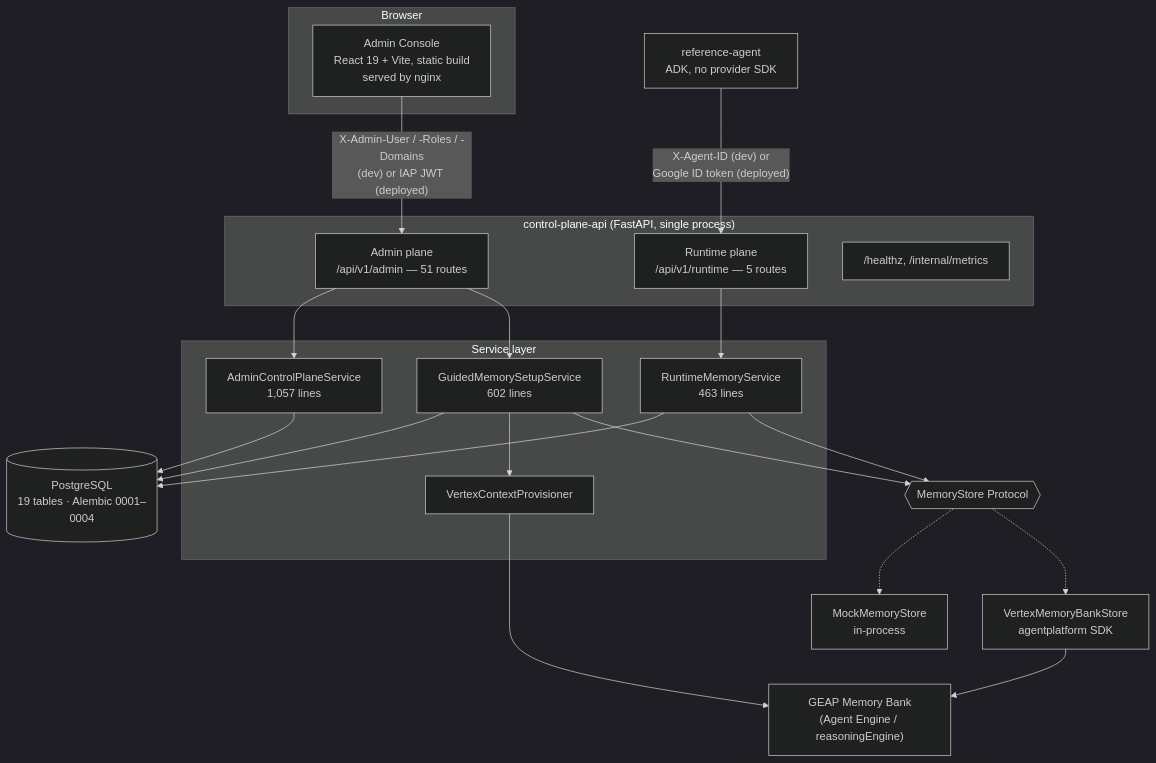
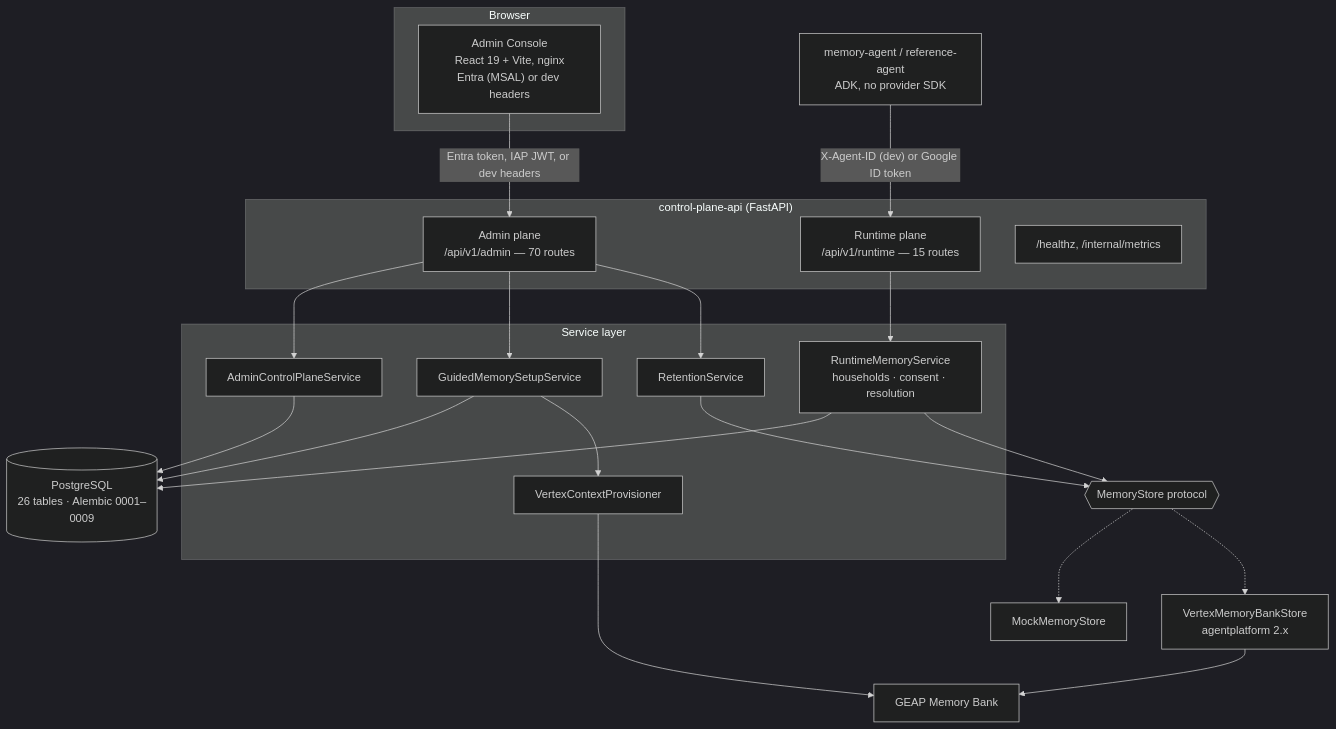
The first of 3 diagrams in docs/GEAP_Platform_Reference_Architecture.md (connect2srinu/jeep-memory-storage), drawn with Mermaid (dark theme) before and after one commit. The commit also changed other lines of this file and 31 other files, not shown here.

````diff
--- a/docs/GEAP_Platform_Reference_Architecture.md
+++ b/docs/GEAP_Platform_Reference_Architecture.md
@@ -56,42 +65,44 @@
 ```mermaid
 flowchart TB
     subgraph browser["Browser"]
-        UI["Admin Console<br/>React 19 + Vite, static build<br/>served by nginx"]
+        UI["Admin Console<br/>React 19 + Vite, nginx<br/>Entra (MSAL) or dev headers"]
     end
 
-    subgraph api["control-plane-api (FastAPI, single process)"]
-        ADMIN["Admin plane<br/>/api/v1/admin — 51 routes"]
-        RT["Runtime plane<br/>/api/v1/runtime — 5 routes"]
+    subgraph api["control-plane-api (FastAPI)"]
+        ADMIN["Admin plane<br/>/api/v1/admin — 70 routes"]
+        RT["Runtime plane<br/>/api/v1/runtime — 15 routes"]
         OPS["/healthz, /internal/metrics"]
     end
 
     subgraph svc["Service layer"]
-        AS["AdminControlPlaneService<br/>1,057 lines"]
-        GS["GuidedMemorySetupService<br/>602 lines"]
-        RS["RuntimeMemoryService<br/>463 lines"]
+        AS["AdminControlPlaneService"]
+        GS["GuidedMemorySetupService"]
+        RS["RuntimeMemoryService<br/>households · consent · resolution"]
+        RET["RetentionService"]
         VP["VertexContextProvisioner"]
     end
 
-    PG[("PostgreSQL<br/>19 tables · Alembic 0001–0004")]
-    MS{{"MemoryStore Protocol"}}
-    MOCK["MockMemoryStore<br/>in-process"]
-    VX["VertexMemoryBankStore<br/>agentplatform SDK"]
-    MB["GEAP Memory Bank<br/>(Agent Engine / reasoningEngine)"]
-    AGENT["reference-agent<br/>ADK, no provider SDK"]
+    PG[("PostgreSQL<br/>26 tables · Alembic 0001–0009")]
+    MS{{"MemoryStore protocol"}}
+    MOCK["MockMemoryStore"]
+    VX["VertexMemoryBankStore<br/>agentplatform 2.x"]
+    MB["GEAP Memory Bank"]
+    AGENT["memory-agent / reference-agent<br/>ADK, no provider SDK"]
 
-    UI -->|"X-Admin-User / -Roles / -Domains<br/>(dev) or IAP JWT (deployed)"| ADMIN
-    AGENT -->|"X-Agent-ID (dev) or<br/>Google ID token (deployed)"| RT
+    UI -->|"Entra token, IAP JWT, or dev headers"| ADMIN
+    AGENT -->|"X-Agent-ID (dev) or Google ID token"| RT
     ADMIN --> AS
     ADMIN --> GS
+    ADMIN --> RET
     RT --> RS
     AS --> PG
     GS --> PG
     GS --> VP
     RS --> PG
     RS --> MS
-    GS --> MS
+    RET --> MS
     MS -.-> MOCK
     MS -.-> VX
     VX --> MB
     VP --> MB
 ```
````
